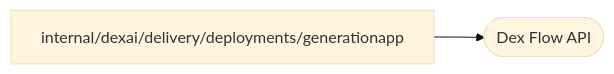
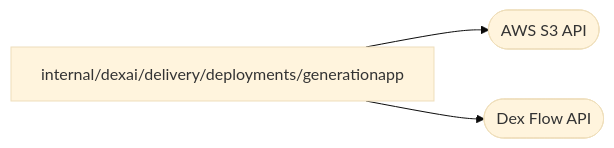
Before and after one commit to superdurable/superverse: the diagram in internal/dexai/delivery/deployments/generationapp/README.md, drawn with Mermaid (base theme). The commit also changed other lines of this file and 127 other files, not shown here.

````diff
--- a/internal/dexai/delivery/deployments/generationapp/README.md
+++ b/internal/dexai/delivery/deployments/generationapp/README.md
@@ -10,5 +10,6 @@
 ```mermaid
 flowchart LR
   self["internal/dexai/delivery/deployments/generationapp"]
-  self --> e0(["Dex Flow API"])
+  self --> e0(["AWS S3 API"])
+  self --> e1(["Dex Flow API"])
 ```
````
